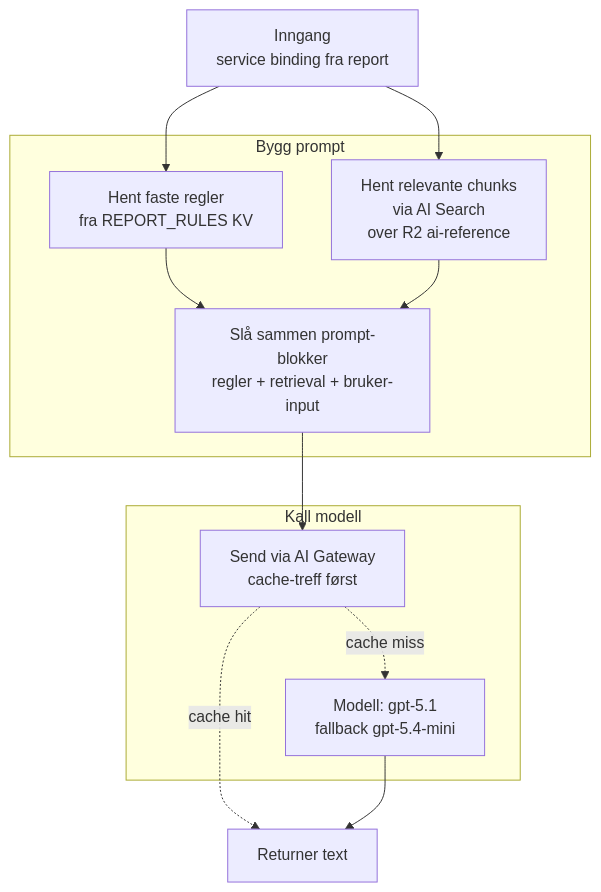
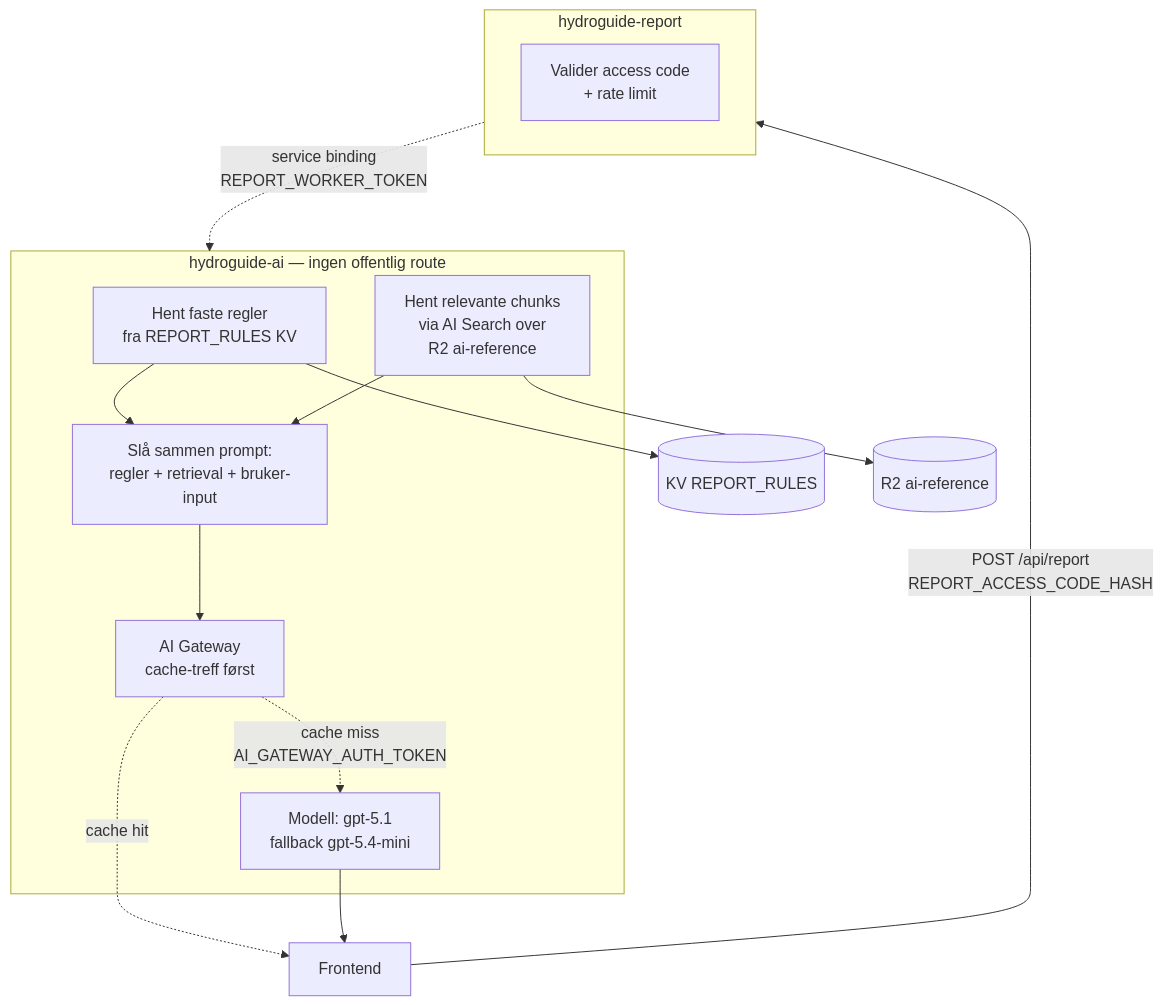
One commit to nikolsen1234-bit/hydroguide changed the diagram in docs/ai-rapport.md. Above: the diagram before and after it, drawn with Mermaid. The commit also changed other lines of this file and 7 other files, not shown here.

````diff
--- a/docs/ai-rapport.md
+++ b/docs/ai-rapport.md
@@ -39,26 +12,31 @@
 ```mermaid
 flowchart TB
-    inn[Inngang<br/>service binding fra report]
+    spa[Frontend]
 
-    subgraph build[Bygg prompt]
-        rules[Hent faste regler<br/>fra REPORT_RULES KV]
-        search[Hent relevante chunks<br/>via AI Search<br/>over R2 ai-reference]
-        merge[Slå sammen prompt-blokker<br/>regler + retrieval + bruker-input]
+    subgraph reportw[hydroguide-report]
+        validate[Valider access code<br/>+ rate limit]
     end
 
-    subgraph call[Kall modell]
-        gateway[Send via AI Gateway<br/>cache-treff først]
+    subgraph aiw[hydroguide-ai — ingen offentlig route]
+        rules[Hent faste regler<br/>fra REPORT_RULES KV]
+        search[Hent relevante chunks<br/>via AI Search over<br/>R2 ai-reference]
+        merge[Slå sammen prompt:<br/>regler + retrieval + bruker-input]
+        gateway[AI Gateway<br/>cache-treff først]
         model[Modell: gpt-5.1<br/>fallback gpt-5.4-mini]
     end
 
-    out[Returner text]
+    kv[(KV REPORT_RULES)]
+    r2[(R2 ai-reference)]
 
-    inn --> rules
-    inn --> search
+    spa -->|POST /api/report<br/>REPORT_ACCESS_CODE_HASH| reportw
+    reportw -.service binding<br/>REPORT_WORKER_TOKEN.-> aiw
+
+    rules --> kv
+    search --> r2
     rules --> merge
     search --> merge
     merge --> gateway
-    gateway -.cache miss.-> model
-    gateway -.cache hit.-> out
-    model --> out
+    gateway -.cache miss<br/>AI_GATEWAY_AUTH_TOKEN.-> model
+    gateway -.cache hit.-> spa
+    model --> spa
 ```
````
